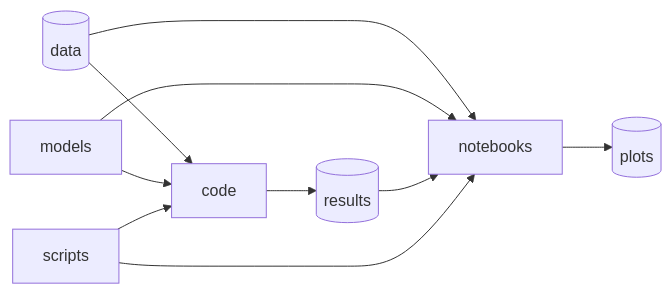
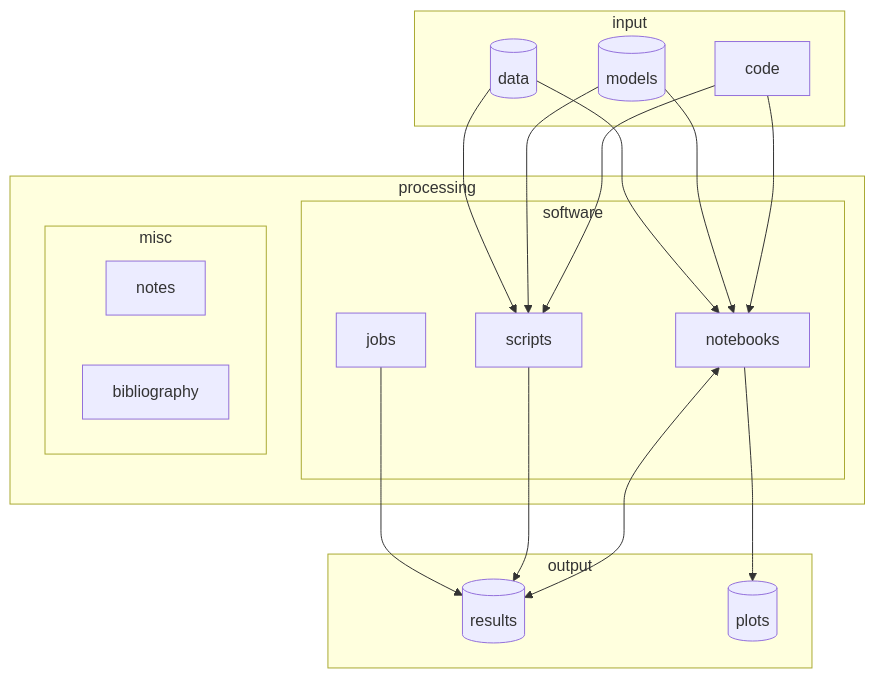
The diagram in README.md (RiccardoBuscicchio/template-project), drawn with Mermaid before and after one commit.

````diff
--- a/README.md
+++ b/README.md
@@ -22,12 +22,25 @@
 ```mermaid
-  flowchart LR
-  id1[(data)]
-  id1-->code & notebooks
-  models-->code & notebooks
-  code --> id2
-  id2 --> notebooks
-  notebooks --> id3
-  scripts --> code & notebooks
-  id2[(results)]
-  id3[(plots)]
+  flowchart TD
+  subgraph "output"
+    id3[(results)]
+    id4[(plots)]
+  end
+  subgraph "processing"
+    subgraph "software"
+      jobs --> id3
+      scripts --> id3
+      notebooks-->id4
+      notebooks<-->id3
+    end
+    subgraph "misc"
+      notes
+      bibliography
+    end  
+  end
+  subgraph "input"
+    id1[(data)] --> scripts & notebooks
+    id2[(models)] --> scripts & notebooks
+    code --> scripts
+    code --> notebooks
+  end
 ```
````
